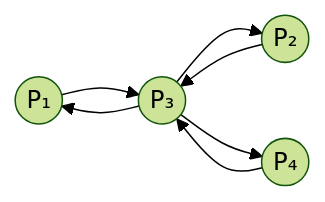
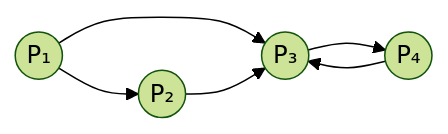
The diagram in docs/pageRank.md (aek676/markov-chain), drawn with Mermaid (forest theme) before and after one commit.

Commit message:
Actualizar diagrama mermaid en la documentación de PageRank para corregir las conexiones entre nodos

````diff
--- a/docs/pageRank.md
+++ b/docs/pageRank.md
@@ -1,9 +1,8 @@
 ```mermaid
 graph LR
   P1((P₁)) --> P3((P₃))
+  P1((P₁)) --> P2((P₂))
   P2((P₂)) --> P3((P₃))
-  P3((P₃)) --> P1((P₁))
-  P3((P₃)) --> P2((P₂))
   P3((P₃)) --> P4((P₄))
   P4((P₄)) --> P3((P₃))
 ```
````
